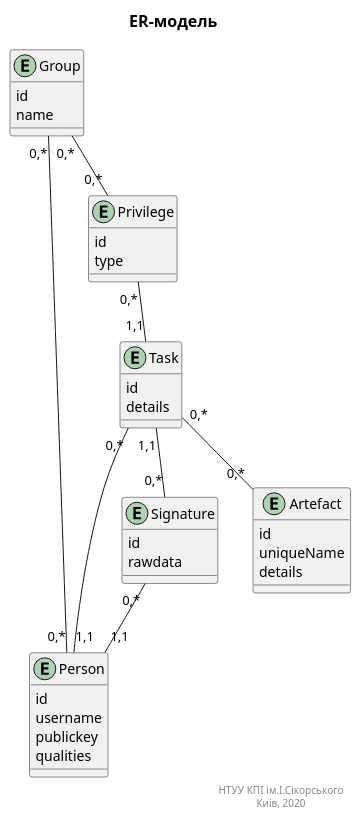
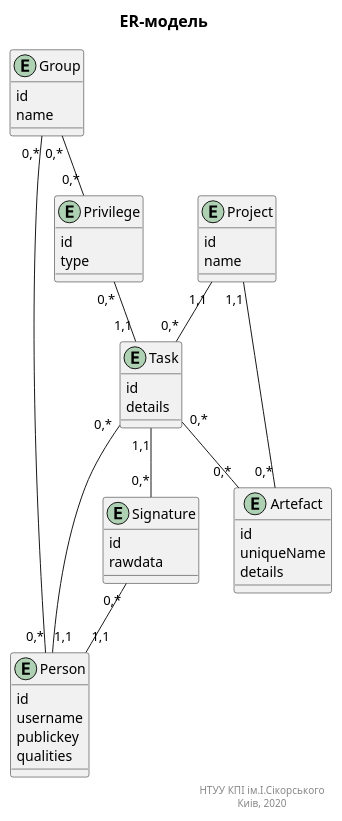
One commit to Jirobus/Core changed the diagram in docs/puml/ERM/erm.puml. Above: the diagram before and after it, drawn with PlantUML. The commit also changed 1 other file, not shown here.

Commit message:
Added Project entity

```diff
--- a/docs/puml/ERM/erm.puml
+++ b/docs/puml/ERM/erm.puml
@@ -1,52 +1,58 @@
 @startuml ERM
 title
 <font size=16 color=black>ER-модель
 end title
 
 entity Person {
     id
     username
     publickey
     qualities
 }
 
 entity Group {
     id
     name
 }
 
 entity Privilege {
     id
     type
 }
 
 entity Task {
     id
     details
 }
 
 entity Signature {
     id
     rawdata
 }
 
 entity Artefact {
     id
     uniqueName
     details
 }
 
+entity Project {
+    id
+    name
+}
+
 Signature "0,*"--"1,1" Person
 Group "0,*"--"0,*" Person
 Group "0,*"--"0,*" Privilege
 Privilege "0,*"--"1,1" Task
 Task "1,1"--"0,*" Signature
 Task "0,*"-d-"1,1" Person
 Task "0,*"-d-"0,*" Artefact
-
+Project "1,1"--"0,*" Task
+Project "1,1"--"0,*" Artefact
 
 right footer
 НТУУ КПІ ім.І.Сікорського
 Киів, 2020
 end footer
 @enduml
```
